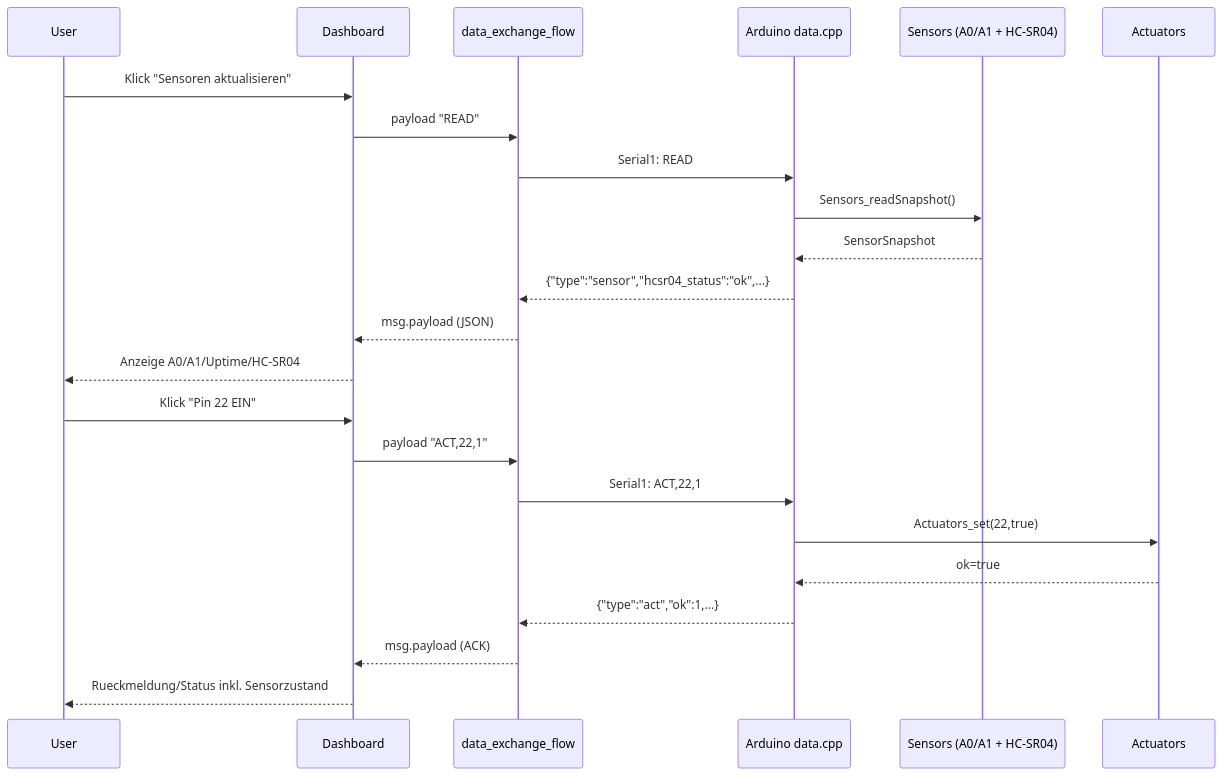
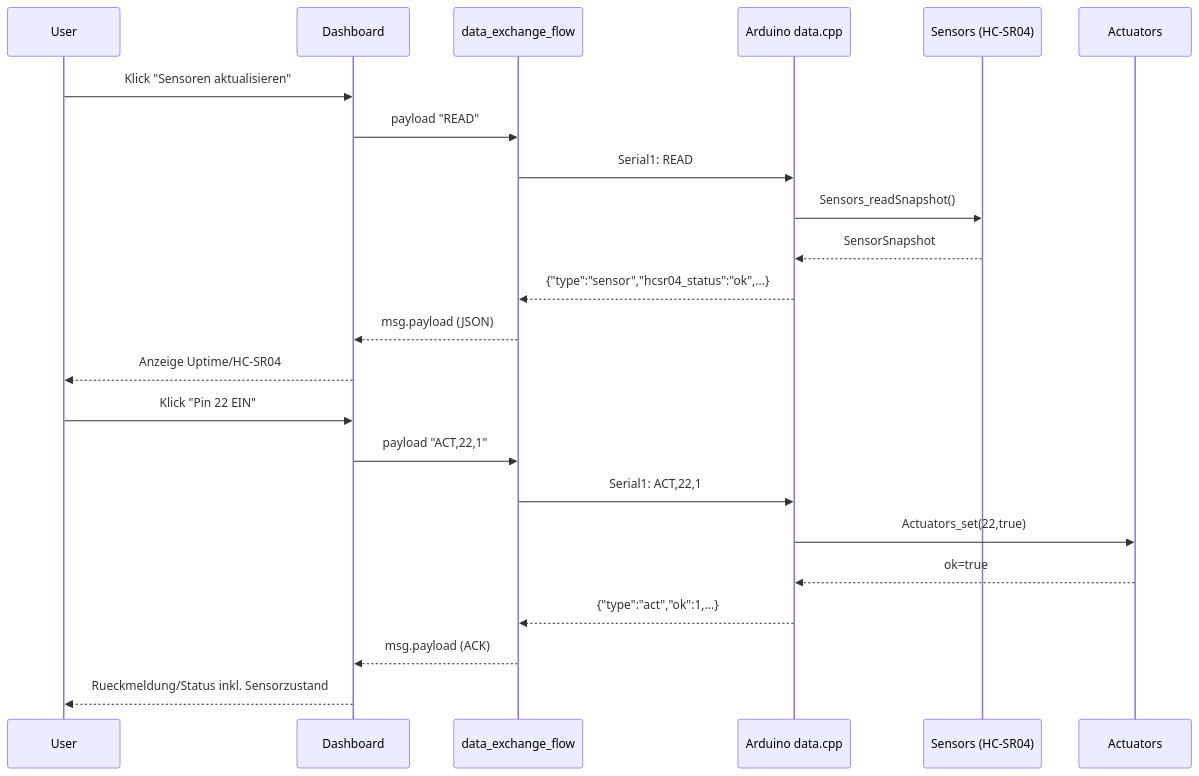
Before and after one commit to HerrnDK/Projekt: the third of 4 diagrams in nodered/flows/FLOW_ARCHITEKTUR_PLAN.md, drawn with Mermaid. The commit also changed other lines of this file and 9 other files, not shown here.

````diff
--- a/nodered/flows/FLOW_ARCHITEKTUR_PLAN.md
+++ b/nodered/flows/FLOW_ARCHITEKTUR_PLAN.md
@@ -88,27 +88,27 @@
 ```mermaid
 sequenceDiagram
   participant U as User
   participant D as Dashboard
   participant X as data_exchange_flow
   participant A as Arduino data.cpp
-  participant S as Sensors (A0/A1 + HC-SR04)
+  participant S as Sensors (HC-SR04)
   participant C as Actuators
 
   U->>D: Klick "Sensoren aktualisieren"
   D->>X: payload "READ"
   X->>A: Serial1: READ
   A->>S: Sensors_readSnapshot()
   S-->>A: SensorSnapshot
   A-->>X: {"type":"sensor","hcsr04_status":"ok",...}
   X-->>D: msg.payload (JSON)
-  D-->>U: Anzeige A0/A1/Uptime/HC-SR04
+  D-->>U: Anzeige Uptime/HC-SR04
 
   U->>D: Klick "Pin 22 EIN"
   D->>X: payload "ACT,22,1"
   X->>A: Serial1: ACT,22,1
   A->>C: Actuators_set(22,true)
   C-->>A: ok=true
   A-->>X: {"type":"act","ok":1,...}
   X-->>D: msg.payload (ACK)
   D-->>U: Rueckmeldung/Status inkl. Sensorzustand
 ```
````
